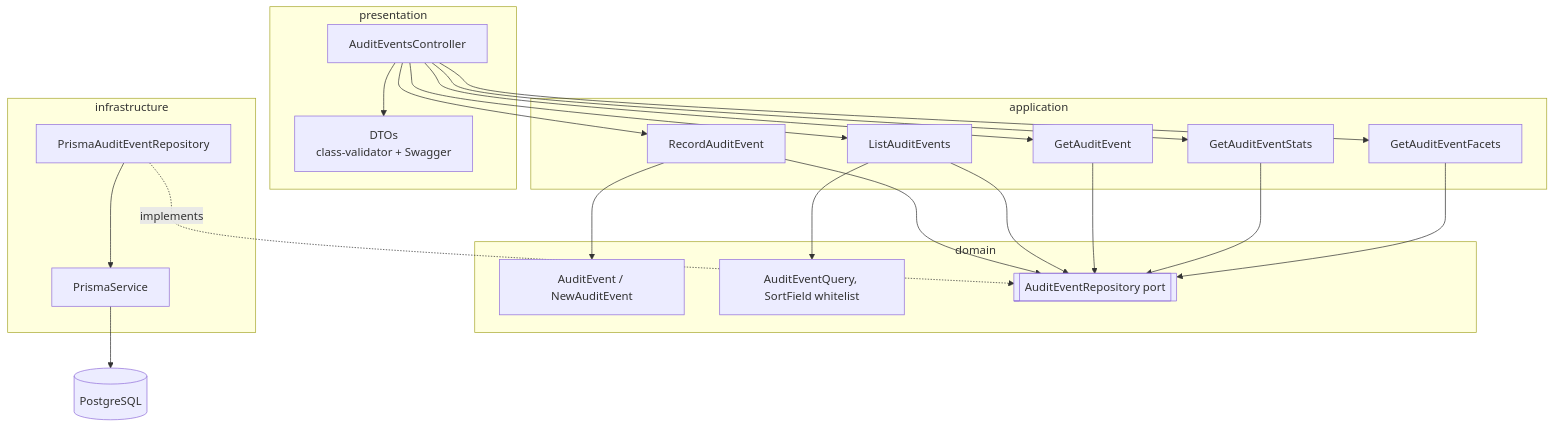
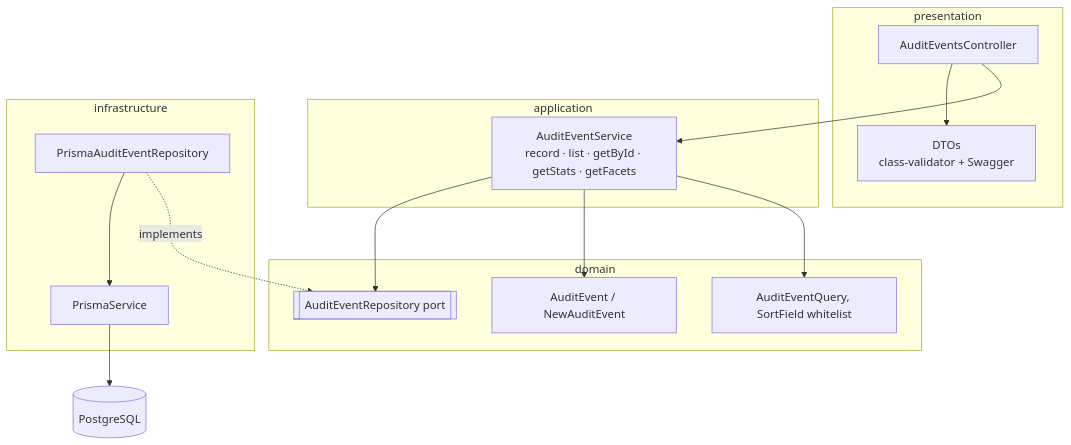
Before and after one commit to uitop-design/audit-flow: the second of 3 diagrams in docs/architecture.md, drawn with Mermaid. The commit also changed other lines of this file and 52 other files, not shown here.

First line of the commit message:
feat(api): add immutable audit event ingestion and query API

````diff
--- a/docs/architecture.md
+++ b/docs/architecture.md
@@ -135,28 +135,24 @@
 ```mermaid
 flowchart TB
   subgraph presentation
     C[AuditEventsController] --> D[DTOs<br/>class-validator + Swagger]
   end
   subgraph application
-    R[RecordAuditEvent]
-    L[ListAuditEvents]
-    G[GetAuditEvent]
-    S[GetAuditEventStats]
-    F[GetAuditEventFacets]
+    SVC[AuditEventService<br/>record · list · getById · getStats · getFacets]
   end
   subgraph domain
     E[AuditEvent / NewAuditEvent]
     Q[AuditEventQuery, SortField whitelist]
     PORT[[AuditEventRepository port]]
   end
   subgraph infrastructure
     PR[PrismaAuditEventRepository] --> PS[PrismaService]
   end
 
-  C --> R & L & G & S & F
-  R & L & G & S & F --> PORT
-  R --> E
-  L --> Q
+  C --> SVC
+  SVC --> PORT
+  SVC --> E
+  SVC --> Q
   PR -. implements .-> PORT
   PS --> PG[(PostgreSQL)]
 ```
````
